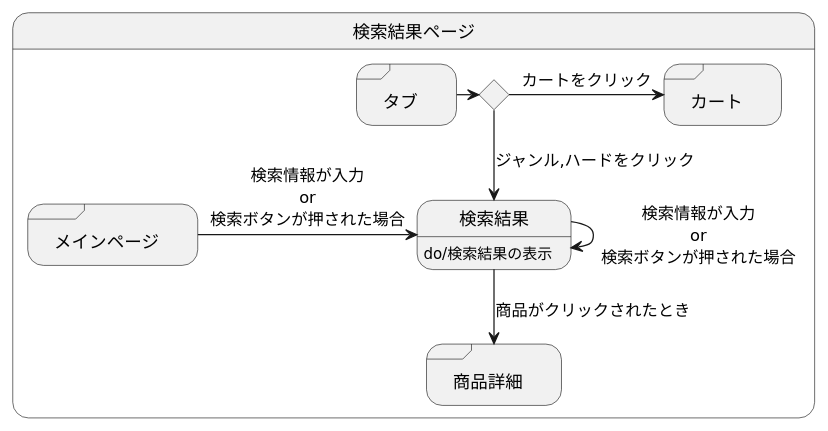
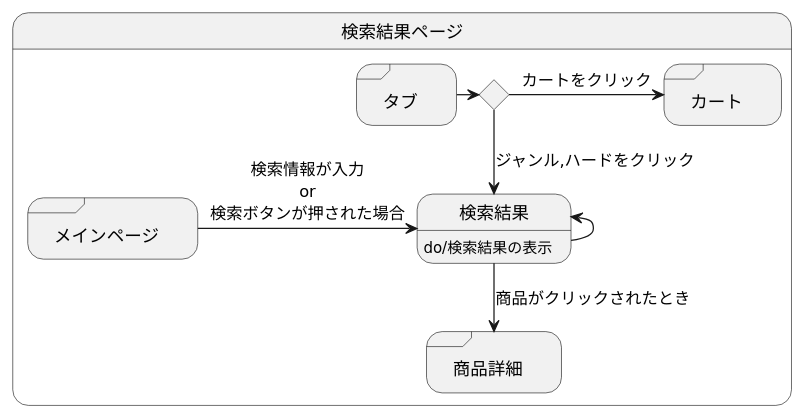
Before and after one commit to akutori/T-D-E: the diagram in 検索結果.md, drawn with PlantUML.

````diff
--- a/検索結果.md
+++ b/検索結果.md
@@ -1,21 +1,21 @@
 ```uml
 @startuml
 state 検索結果ページ{
 
     state ifinput <<choice>>
     state 検索結果:do/検索結果の表示
     state "商品詳細" as goodsdetail <<sdlreceive>>
     state "メインページ" as mainpage <<sdlreceive>>
     state "タブ" as tab <<sdlreceive>>
     state "カート" as cart <<sdlreceive>>
 
     mainpage -> 検索結果 :検索情報が入力\nor\n検索ボタンが押された場合
     検索結果 --> goodsdetail :商品がクリックされたとき
     tab -> ifinput 
     ifinput --> 検索結果 :ジャンル,ハードをクリック
     ifinput -> cart :カートをクリック
-    検索結果 -> 検索結果 :検索情報が入力\nor\n検索ボタンが押された場合
+    検索結果 -left-> 検索結果
 }
 
 @enduml
 ```
````
